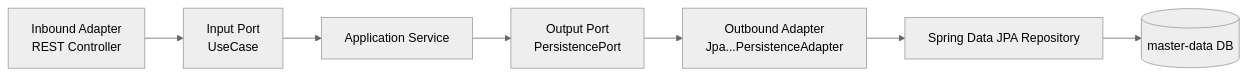
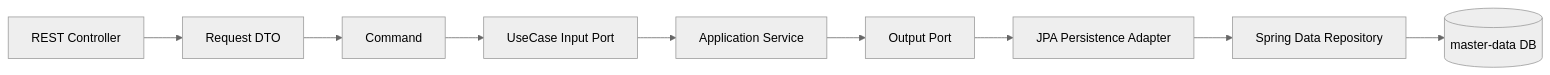
Before and after one commit to skyg547/account: the first of 4 diagrams in master-data/docs/process-flow.md, drawn with Mermaid (neutral theme). The commit also changed other lines of this file and 189 other files, not shown here.

````diff
--- a/master-data/docs/process-flow.md
+++ b/master-data/docs/process-flow.md
@@ -36,9 +5,11 @@
 ```mermaid
 flowchart LR
-    A[Inbound Adapter\nREST Controller] --> B[Input Port\nUseCase]
-    B --> C[Application Service]
-    C --> D[Output Port\nPersistencePort]
-    D --> E[Outbound Adapter\nJpa...PersistenceAdapter]
-    E --> F[Spring Data JPA Repository]
-    F --> G[(master-data DB)]
+    A[REST Controller] --> B[Request DTO]
+    B --> C[Command]
+    C --> D[UseCase Input Port]
+    D --> E[Application Service]
+    E --> F[Output Port]
+    F --> G[JPA Persistence Adapter]
+    G --> H[Spring Data Repository]
+    H --> I[(master-data DB)]
 ```
````
